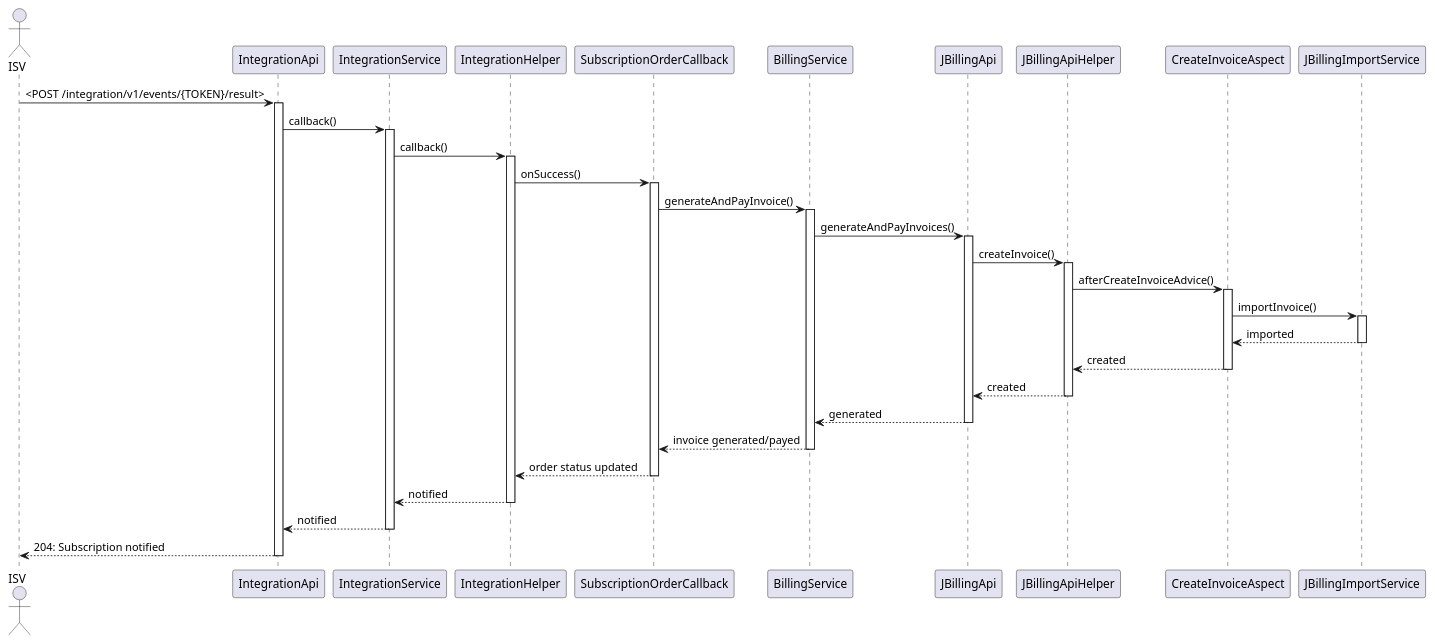
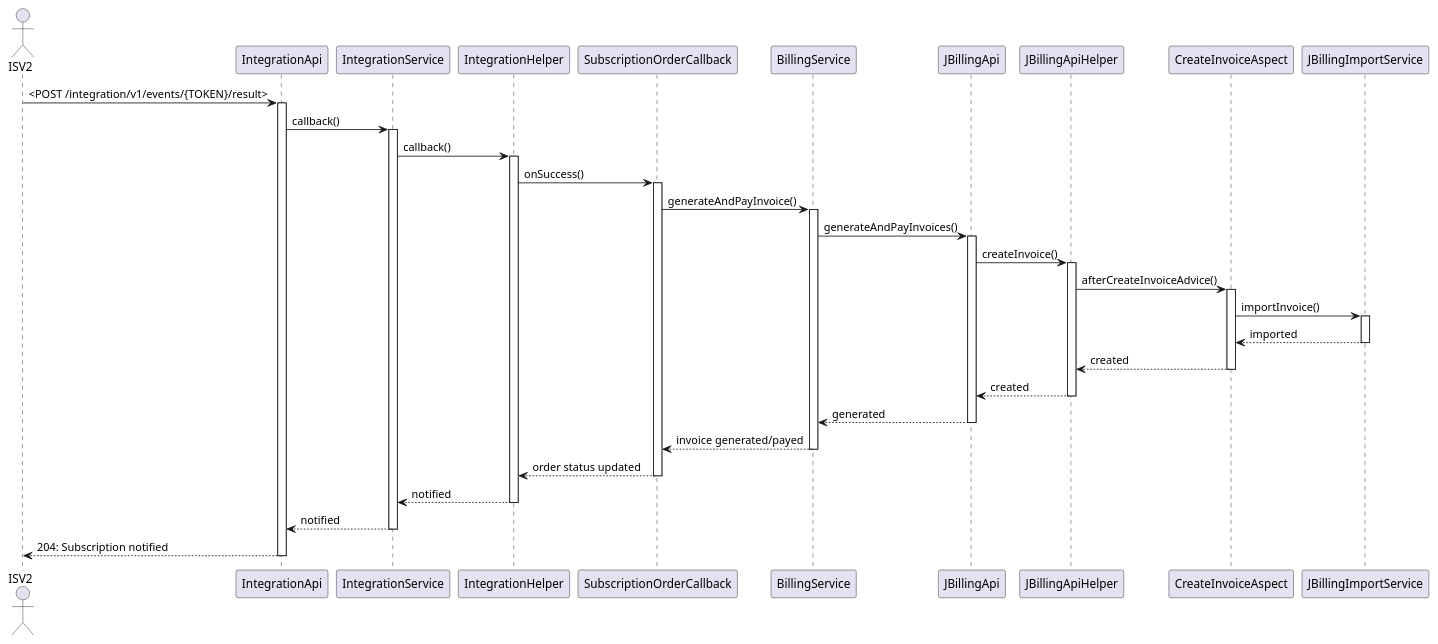
Before and after one commit to leoluz/umlrepo: the diagram in dsl/ds/subscription/isvFlow.puml, drawn with PlantUML.

Commit message:
changes the isv name

```diff
--- a/dsl/ds/subscription/isvFlow.puml
+++ b/dsl/ds/subscription/isvFlow.puml
@@ -1,39 +1,39 @@
 @startuml
-actor ISV
-ISV -> IntegrationApi : <POST /integration/v1/events/{TOKEN}/result>
+actor ISV2
+ISV2 -> IntegrationApi : <POST /integration/v1/events/{TOKEN}/result>
 activate IntegrationApi
 IntegrationApi -> IntegrationService : callback()
 activate IntegrationService
 IntegrationService -> IntegrationHelper : callback()
 activate IntegrationHelper
 IntegrationHelper -> SubscriptionOrderCallback : onSuccess()
 activate SubscriptionOrderCallback
 SubscriptionOrderCallback -> BillingService : generateAndPayInvoice()
 activate BillingService
 BillingService -> JBillingApi : generateAndPayInvoices()
 activate JBillingApi
 JBillingApi -> JBillingApiHelper : createInvoice()
 activate JBillingApiHelper
 JBillingApiHelper -> CreateInvoiceAspect : afterCreateInvoiceAdvice()
 activate CreateInvoiceAspect
 CreateInvoiceAspect -> JBillingImportService : importInvoice()
 activate JBillingImportService
 CreateInvoiceAspect <-- JBillingImportService : imported
 deactivate JBillingImportService
 JBillingApiHelper <-- CreateInvoiceAspect : created
 deactivate CreateInvoiceAspect
 JBillingApi <-- JBillingApiHelper : created
 deactivate JBillingApiHelper
 BillingService <-- JBillingApi : generated
 deactivate JBillingApi
 SubscriptionOrderCallback <-- BillingService : invoice generated/payed
 deactivate BillingService
 IntegrationHelper <-- SubscriptionOrderCallback : order status updated
 deactivate SubscriptionOrderCallback
 IntegrationService <-- IntegrationHelper : notified
 deactivate IntegrationHelper
 IntegrationApi <-- IntegrationService : notified
 deactivate IntegrationService
-ISV <-- IntegrationApi : 204: Subscription notified
+ISV2 <-- IntegrationApi : 204: Subscription notified
 deactivate IntegrationApi
 @enduml
```
